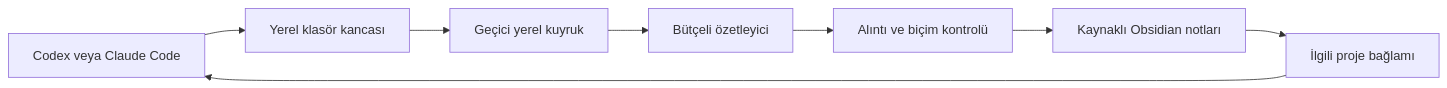
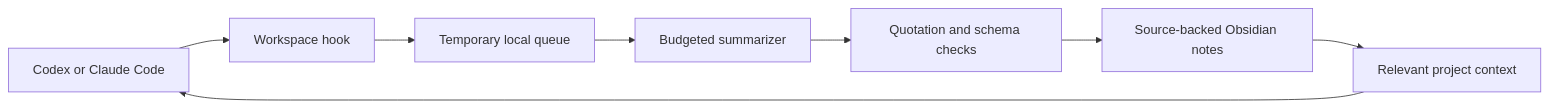
Before and after one commit to 5jamaan/Raven: the diagram in README.md, drawn with Mermaid. The commit also changed other lines of this file and 19 other files, not shown here.

````diff
--- a/README.md
+++ b/README.md
@@ -96,10 +134,10 @@
 ```mermaid
 flowchart LR
-    C[Codex veya Claude Code] --> H[Yerel klasör kancası]
-    H --> Q[Geçici yerel kuyruk]
-    Q --> W[Bütçeli özetleyici]
-    W --> V[Alıntı ve biçim kontrolü]
-    V --> N[Kaynaklı Obsidian notları]
-    N --> R[İlgili proje bağlamı]
+    C[Codex or Claude Code] --> H[Workspace hook]
+    H --> Q[Temporary local queue]
+    Q --> W[Budgeted summarizer]
+    W --> V[Quotation and schema checks]
+    V --> N[Source-backed Obsidian notes]
+    N --> R[Relevant project context]
     R --> C
 ```
````
